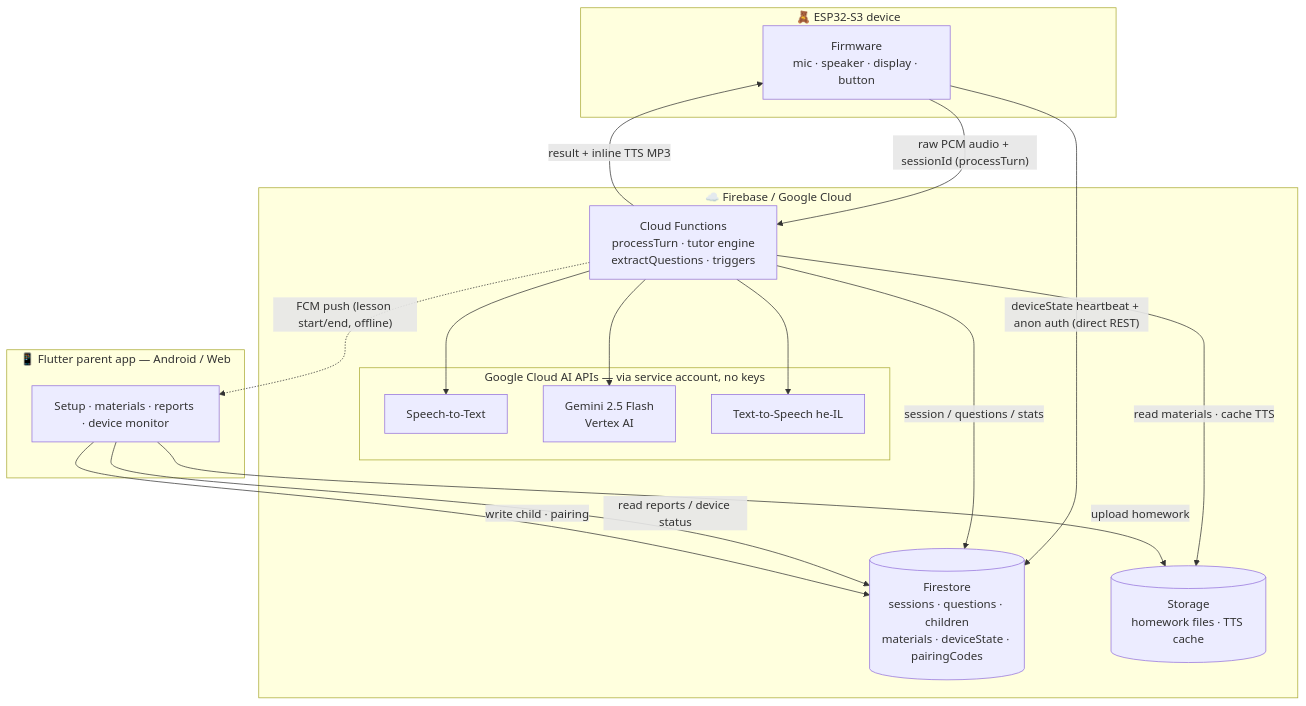
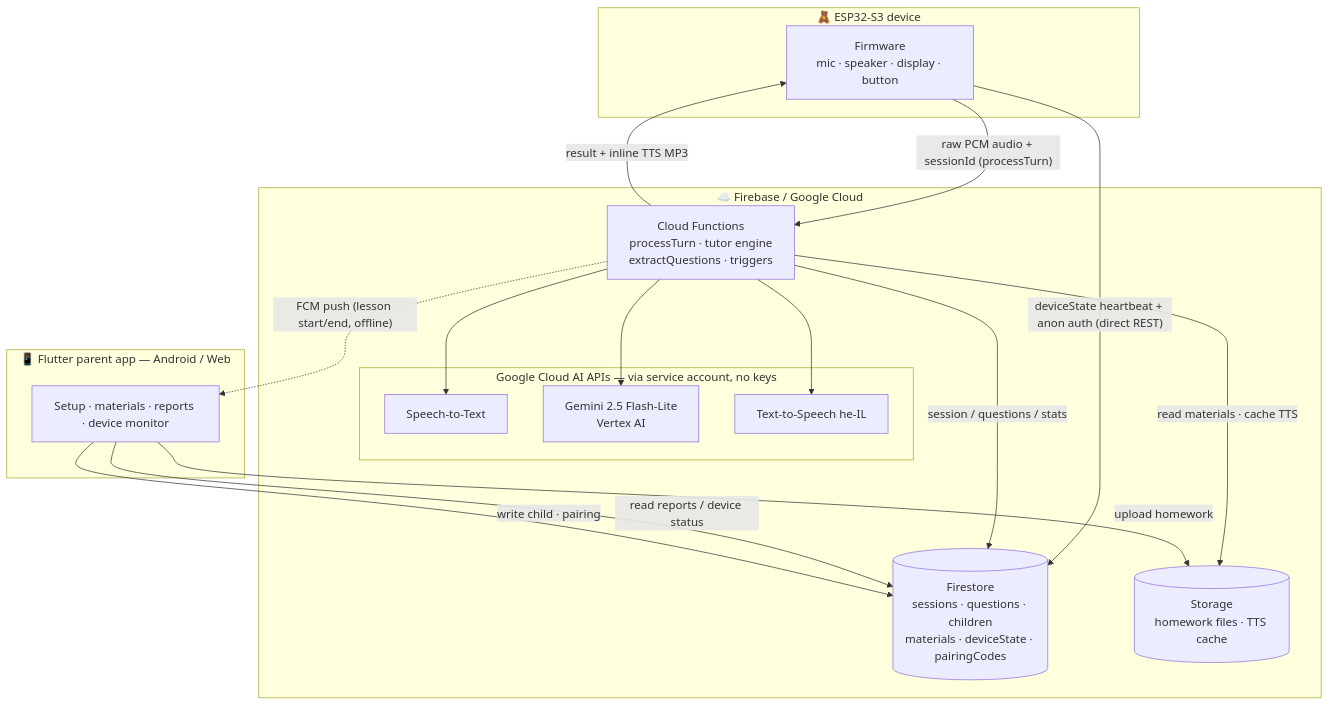
Before and after one commit to AdiUliel/Pip-LLM-Tutor: the diagram in Documentation/ARCHITECTURE.md, drawn with Mermaid. The commit also changed other lines of this file and 6 other files, not shown here.

````diff
--- a/Documentation/ARCHITECTURE.md
+++ b/Documentation/ARCHITECTURE.md
@@ -8,36 +8,36 @@
 ```mermaid
 flowchart TB
     subgraph Device["🧸 ESP32-S3 device"]
         ESP[Firmware<br/>mic · speaker · display · button]
     end
 
     subgraph Cloud["☁️ Firebase / Google Cloud"]
         CF[Cloud Functions<br/>processTurn · tutor engine<br/>extractQuestions · triggers]
         FS[(Firestore<br/>sessions · questions · children<br/>materials · deviceState · pairingCodes)]
         ST[(Storage<br/>homework files · TTS cache)]
         subgraph AI["Google Cloud AI APIs — via service account, no keys"]
             STT[Speech-to-Text]
-            GEM[Gemini 2.5 Flash<br/>Vertex AI]
+            GEM[Gemini 2.5 Flash-Lite<br/>Vertex AI]
             TTS[Text-to-Speech he-IL]
         end
     end
 
     subgraph App["📱 Flutter parent app — Android / Web"]
         FL[Setup · materials · reports · device monitor]
     end
 
     ESP -- "raw PCM audio + sessionId (processTurn)" --> CF
     CF -- "result + inline TTS MP3" --> ESP
     ESP -- "deviceState heartbeat + anon auth (direct REST)" --> FS
 
     CF --> STT
     CF --> GEM
     CF --> TTS
     CF -- "session / questions / stats" --> FS
     CF -- "read materials · cache TTS" --> ST
 
     FL -- "read reports / device status" --> FS
     FL -- "write child · pairing" --> FS
     FL -- "upload homework" --> ST
     CF -. "FCM push (lesson start/end, offline)" .-> FL
 ```
````
